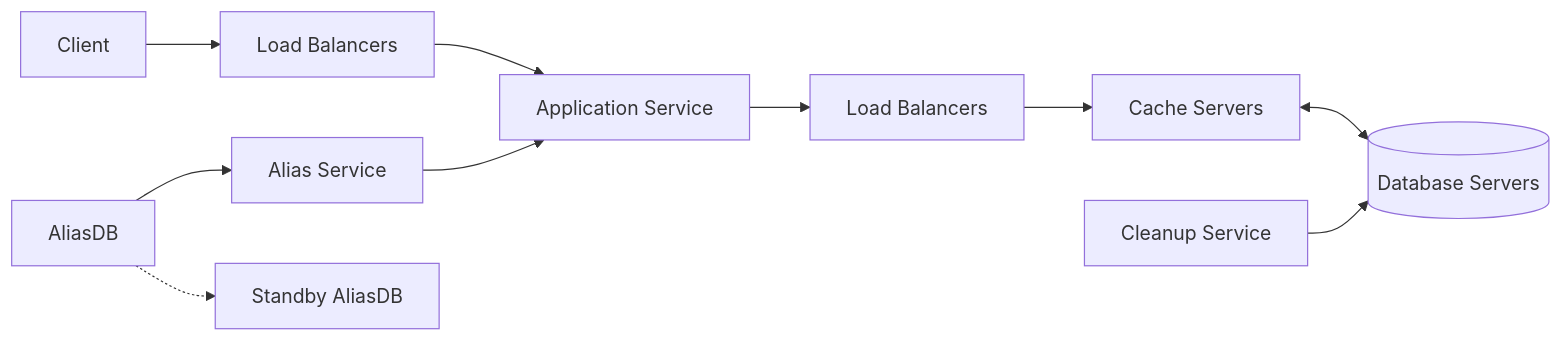
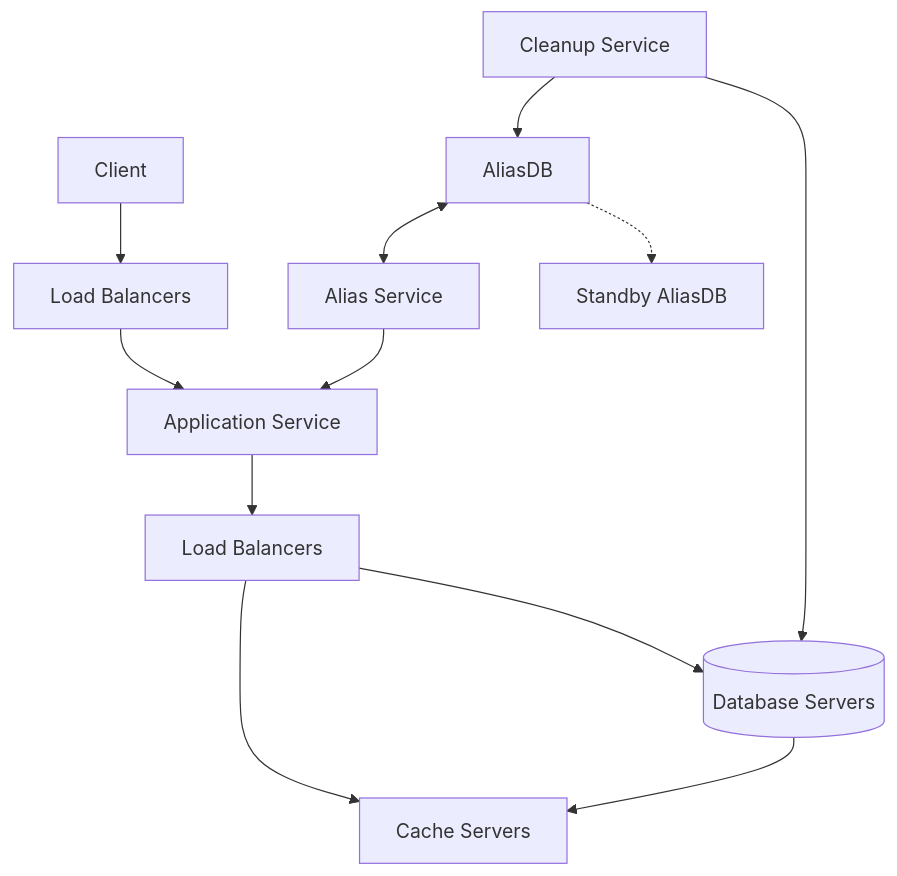
The third of 3 diagrams in url-shortening-service/README.md (shubham1chawla/system-design), drawn with Mermaid before and after one commit.

Commit message:
Update url-shortening-service diagram

````diff
--- a/url-shortening-service/README.md
+++ b/url-shortening-service/README.md
@@ -157,12 +157,14 @@
 ```mermaid
-flowchart LR
+flowchart
   client[Client] --> lb1[Load Balancers]
   lb1 --> app[Application Service]
   app --> lb2[Load Balancers]
   lb2 --> cache[Cache Servers]
-  cache <--> db[(Database Servers)]
+  db[(Database Servers)] --> cache
+  lb2 --> db
   cleanup[Cleanup Service] --> db
   alias[Alias Service] --> app
-  aliasdb[AliasDB] --> alias
+  aliasdb[AliasDB] <--> alias
   aliasdb -.-> aliasdb2[Standby AliasDB]
+  cleanup --> aliasdb
 ```
````
